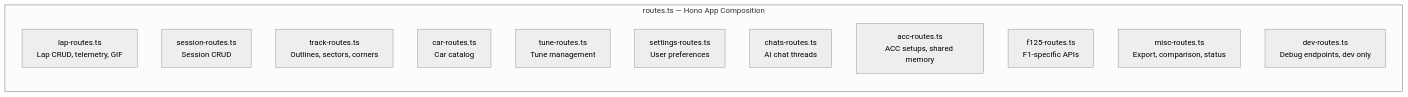
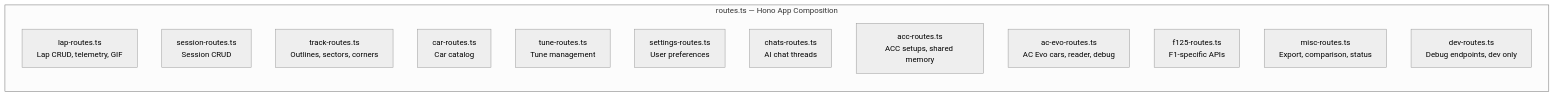
The eighth of 12 diagrams in ARCHITECTURE.md (dedeco-carrera/RaceIQ), drawn with Mermaid (neutral theme) before and after one commit. The commit also changed other lines of this file and 168 other files, not shown here.

````diff
--- a/ARCHITECTURE.md
+++ b/ARCHITECTURE.md
@@ -538,16 +553,17 @@
 ```mermaid
 graph LR
     subgraph Routes["routes.ts — Hono App Composition"]
         Laps[lap-routes.ts<br/>Lap CRUD, telemetry, GIF]
         Sessions[session-routes.ts<br/>Session CRUD]
         Tracks[track-routes.ts<br/>Outlines, sectors, corners]
         Cars[car-routes.ts<br/>Car catalog]
         Tunes[tune-routes.ts<br/>Tune management]
         Settings[settings-routes.ts<br/>User preferences]
         ChatsR[chats-routes.ts<br/>AI chat threads]
         ACC[acc-routes.ts<br/>ACC setups, shared memory]
+        ACEVOR[ac-evo-routes.ts<br/>AC Evo cars, reader, debug]
         F125R[f125-routes.ts<br/>F1-specific APIs]
         Misc[misc-routes.ts<br/>Export, comparison, status]
         DevR[dev-routes.ts<br/>Debug endpoints, dev only]
     end
 ```
````
